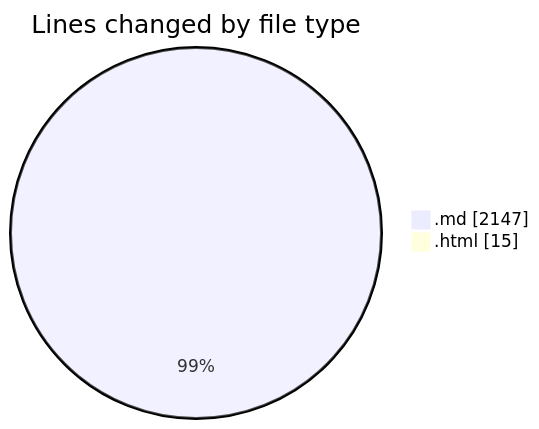
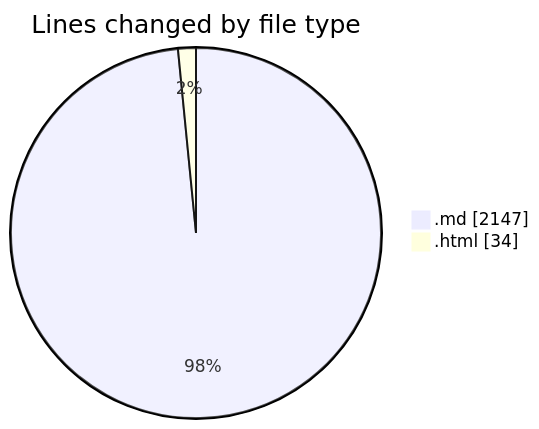
Before and after one commit to Ritupan-Deka/code-tracking: the first of 2 diagrams in 2025-07-07/urlwebwala_intership_work/README.md, drawn with Mermaid. The commit also changed other lines of this file and 1 other file, not shown here.

````diff
--- a/2025-07-07/urlwebwala_intership_work/README.md
+++ b/2025-07-07/urlwebwala_intership_work/README.md
@@ -24,6 +24,6 @@
 ```mermaid
 pie showData
 title Lines changed by file type
 ".md" : 2147
-".html" : 15
+".html" : 34
 ```
````
